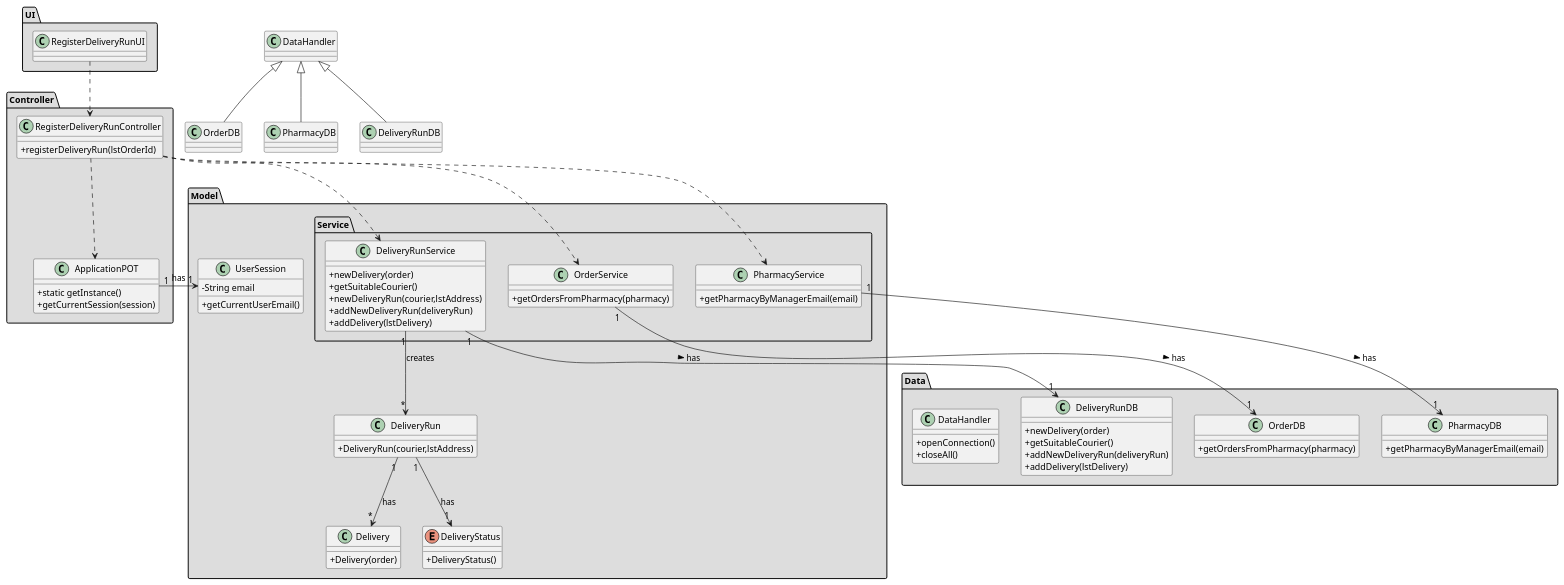
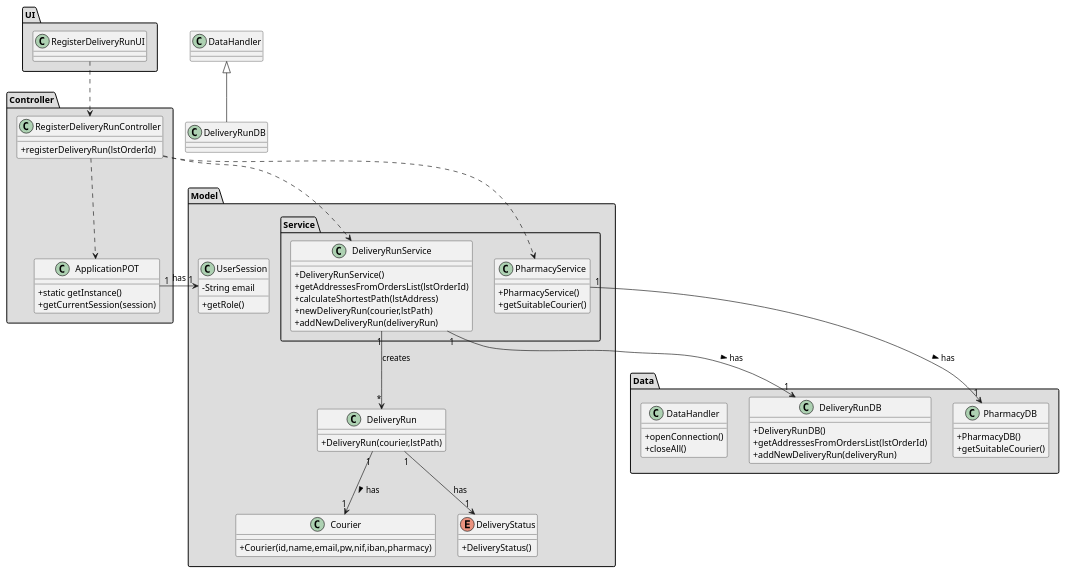
One commit to tiagoavcosta25/LAPR3 changed the diagram in docs/Iteration 2/Delivery Management/US206_RegisterDeliveryRun/US206_CD.puml. Above: the diagram before and after it, drawn with PlantUML. The commit also changed 22 other files, not shown here.

Commit message:
LAPR2AP2-220 #developing Register Delivery Run [Implementation]

```diff
--- a/docs/Iteration 2/Delivery Management/US206_RegisterDeliveryRun/US206_CD.puml
+++ b/docs/Iteration 2/Delivery Management/US206_RegisterDeliveryRun/US206_CD.puml
@@ -1,119 +1,111 @@
 @startuml
 skinparam classAttributeIconSize 0
 
 
 package "Controller" #DDDDDD {
 class ApplicationPOT
 {
   +static getInstance()
   +getCurrentSession(session)
 }
 }
 
 package "Data" #DDDDDD {
-class PharmacyDB{
-+getPharmacyByManagerEmail(email)
+
+class DeliveryRunDB {
++DeliveryRunDB()
++getAddressesFromOrdersList(lstOrderId)
++addNewDeliveryRun(deliveryRun)
 }
 
-class OrderDB{
-+getOrdersFromPharmacy(pharmacy)
-}
-
-class DeliveryRunDB {
-+newDelivery(order)
+class PharmacyDB {
++PharmacyDB()
 +getSuitableCourier()
-+addNewDeliveryRun(deliveryRun)
-+addDelivery(lstDelivery)
 }
 
 class DataHandler{
 +openConnection()
 +closeAll()
 }
 
 }
 
 package "UI" #DDDDDD {
 class RegisterDeliveryRunUI{
 
 }
 
 
 
 }
 
 
 package "Controller" #DDDDDD {
 class RegisterDeliveryRunController{
 +registerDeliveryRun(lstOrderId)
 }
 }
 
 
 package "Model" #DDDDDD {
-class Delivery{
-+Delivery(order)
+
+
+class Courier{
++Courier(id,name,email,pw,nif,iban,pharmacy)
 }
 
 class DeliveryRun{
-+DeliveryRun(courier,lstAddress)
++DeliveryRun(courier,lstPath)
 }
 
 }
 
 package "Model" #DDDDDD {
 class UserSession{
 -String email
-+getCurrentUserEmail()
++getRole()
 }
 
 package "Service" #DDDDDD {
 
-class PharmacyService {
-+getPharmacyByManagerEmail(email)
+
+class DeliveryRunService {
++DeliveryRunService()
++getAddressesFromOrdersList(lstOrderId)
++calculateShortestPath(lstAddress)
++newDeliveryRun(courier,lstPath)
++addNewDeliveryRun(deliveryRun)
 }
 
-class OrderService {
-+getOrdersFromPharmacy(pharmacy)
-}
-
-class DeliveryRunService {
-+newDelivery(order)
+class PharmacyService {
++PharmacyService()
 +getSuitableCourier()
-+newDeliveryRun(courier,lstAddress)
-+addNewDeliveryRun(deliveryRun)
-+addDelivery(lstDelivery)
 }
 
 }
 
 enum DeliveryStatus{
 +DeliveryStatus()
 }
 }
 
 
 
 
 
 
 RegisterDeliveryRunUI ..> RegisterDeliveryRunController
-RegisterDeliveryRunController ..> PharmacyService
-RegisterDeliveryRunController ..> OrderService
 RegisterDeliveryRunController ..> DeliveryRunService
 RegisterDeliveryRunController ..> ApplicationPOT
+RegisterDeliveryRunController ..> PharmacyService
 PharmacyService "1" --> "1" PharmacyDB : has >
-OrderService "1" --> "1" OrderDB : has >
 DeliveryRunService "1" --> "1" DeliveryRunDB : has >
-
-DeliveryRun "1" --> "*" Delivery : has
+DeliveryRun "1" --> "1" Courier : has >
 DeliveryRun "1" --> "1" DeliveryStatus : has
 
 DeliveryRunService "1" --> "*" DeliveryRun : creates
 
 class DeliveryRunDB extends DataHandler
-class OrderDB extends DataHandler
-class PharmacyDB extends DataHandler
 ApplicationPOT "1" -> "1" UserSession : has
 
 @enduml
```
